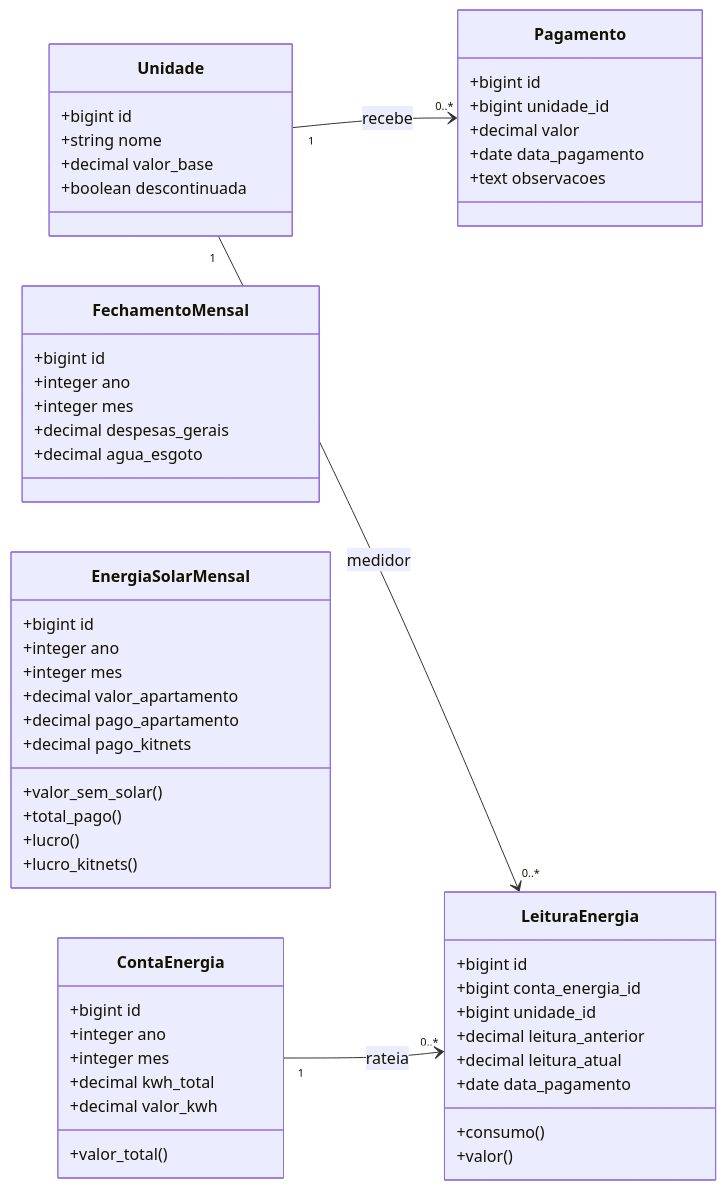
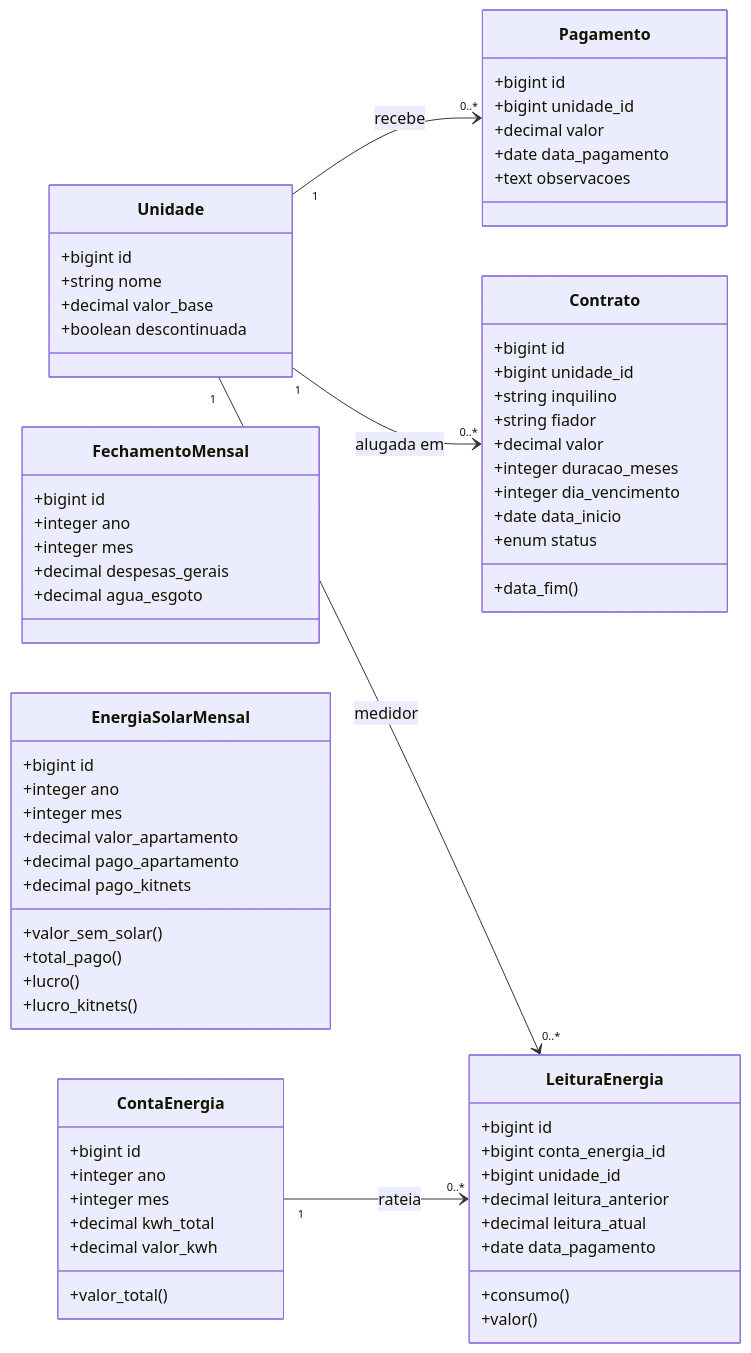
One commit to keandro/kitnet changed the diagram in README.md. Above: the diagram before and after it, drawn with Mermaid. The commit also changed other lines of this file and 20 other files, not shown here.

````diff
--- a/README.md
+++ b/README.md
@@ -46,64 +48,78 @@
 ```mermaid
 classDiagram
     direction LR
 
     class Unidade {
         +bigint id
         +string nome
         +decimal valor_base
         +boolean descontinuada
+    }
+
+    class Contrato {
+        +bigint id
+        +bigint unidade_id
+        +string inquilino
+        +string fiador
+        +decimal valor
+        +integer duracao_meses
+        +integer dia_vencimento
+        +date data_inicio
+        +enum status
+        +data_fim()
     }
 
     class Pagamento {
         +bigint id
         +bigint unidade_id
         +decimal valor
         +date data_pagamento
         +text observacoes
     }
 
     class FechamentoMensal {
         +bigint id
         +integer ano
         +integer mes
         +decimal despesas_gerais
         +decimal agua_esgoto
     }
 
     class EnergiaSolarMensal {
         +bigint id
         +integer ano
         +integer mes
         +decimal valor_apartamento
         +decimal pago_apartamento
         +decimal pago_kitnets
         +valor_sem_solar()
         +total_pago()
         +lucro()
         +lucro_kitnets()
     }
 
     class ContaEnergia {
         +bigint id
         +integer ano
         +integer mes
         +decimal kwh_total
         +decimal valor_kwh
         +valor_total()
     }
 
     class LeituraEnergia {
         +bigint id
         +bigint conta_energia_id
         +bigint unidade_id
         +decimal leitura_anterior
         +decimal leitura_atual
         +date data_pagamento
         +consumo()
         +valor()
     }
 
     Unidade "1" --> "0..*" Pagamento : recebe
+    Unidade "1" --> "0..*" Contrato : alugada em
     ContaEnergia "1" --> "0..*" LeituraEnergia : rateia
     Unidade "1" --> "0..*" LeituraEnergia : medidor
 ```
````
